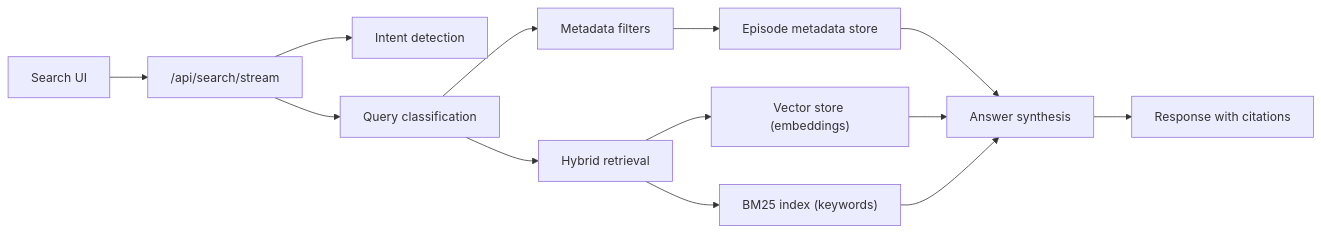
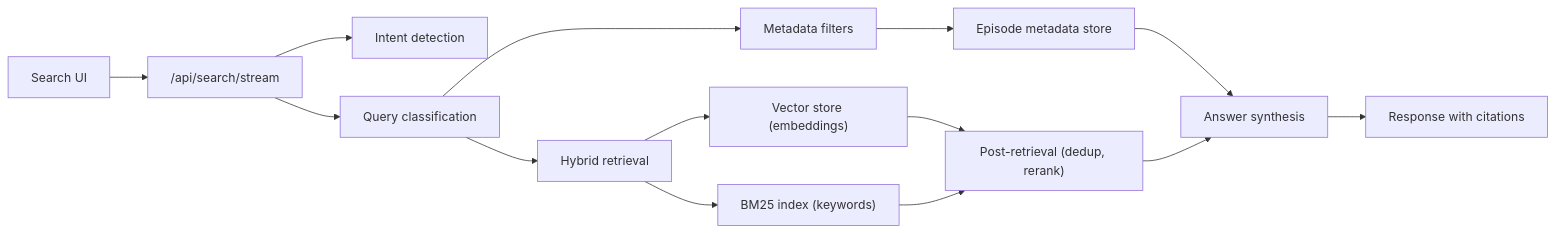
The second of 2 diagrams in docs/query-journey.md (matthh/transcript-app), drawn with Mermaid before and after one commit. The commit also changed other lines of this file and 2 other files, not shown here.

Commit message:
docs: update planv4, query-journey, and failure-modes for Phase 2b
- Mark Phase 2b (LLM reranking) as shipped with verification results
- Move unshipped Phase 2b items to new Phase 2c
- Add LLM reranking step to query-journey pipeline description
- Update FM-04 with Phase 2b reranking mitigation
- Update milestone M2 as complete, add M2.5 for Phase 2c

````diff
--- a/docs/query-journey.md
+++ b/docs/query-journey.md
@@ -31,15 +31,16 @@
 ```mermaid
 flowchart LR
   A["Search UI"] --> B["/api/search/stream"]
   B --> C["Intent detection"]
   B --> D["Query classification"]
   D --> E["Metadata filters"]
   D --> F["Hybrid retrieval"]
   E --> G["Episode metadata store"]
   F --> H["Vector store (embeddings)"]
   F --> I["BM25 index (keywords)"]
+  H --> L["Post-retrieval (dedup, rerank)"]
+  I --> L
   G --> J["Answer synthesis"]
-  H --> J
-  I --> J
+  L --> J
   J --> K["Response with citations"]
 ```
````
